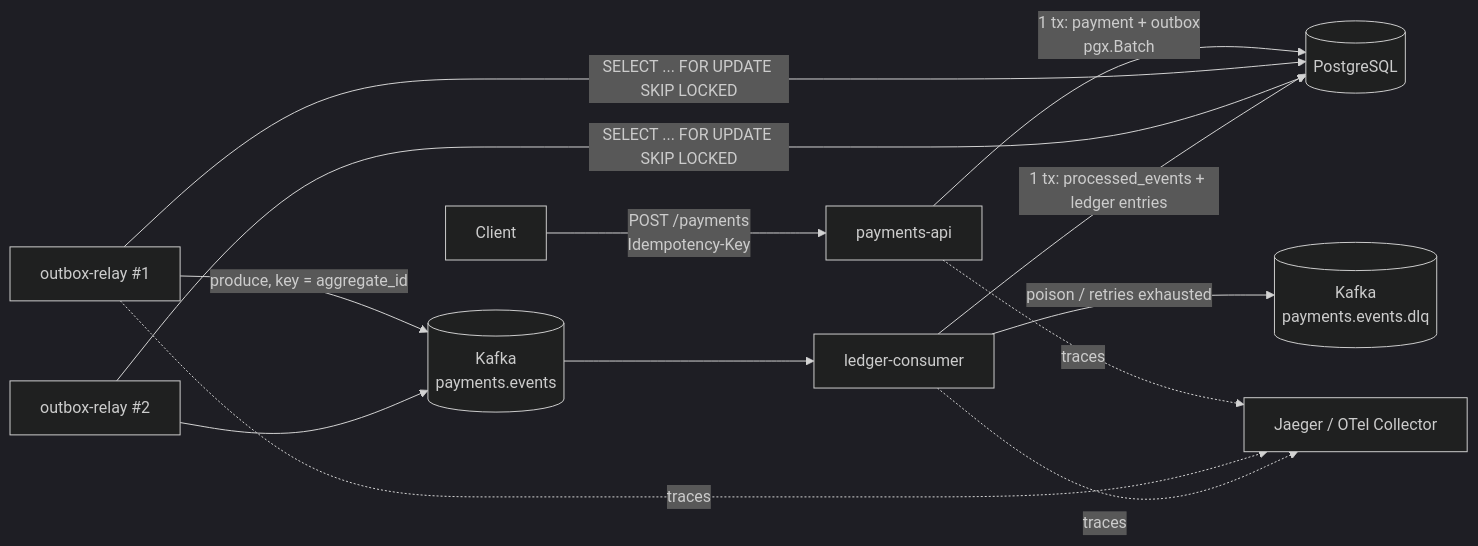
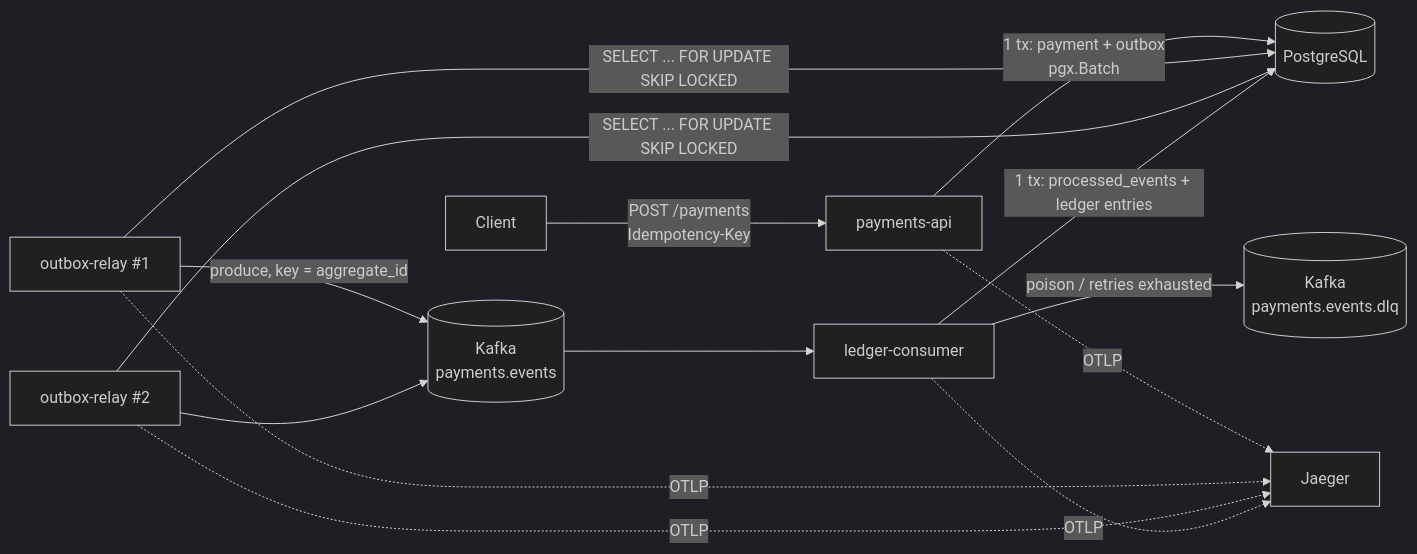
One commit to aavorov89/t-outbox changed the first of 2 diagrams in docs/ARCHITECTURE.md. Above: the diagram before and after it, drawn with Mermaid (dark theme). The commit also changed other lines of this file and 29 other files, not shown here.

````diff
--- a/docs/ARCHITECTURE.md
+++ b/docs/ARCHITECTURE.md
@@ -28,15 +28,16 @@
 ```mermaid
 flowchart LR
     C[Client] -->|POST /payments<br/>Idempotency-Key| API[payments-api]
     API -->|1 tx: payment + outbox<br/>pgx.Batch| PG[(PostgreSQL)]
     R1[outbox-relay #1] -->|SELECT ... FOR UPDATE SKIP LOCKED| PG
     R2[outbox-relay #2] -->|SELECT ... FOR UPDATE SKIP LOCKED| PG
     R1 -->|produce, key = aggregate_id| K[(Kafka<br/>payments.events)]
     R2 --> K
     K --> L[ledger-consumer]
     L -->|1 tx: processed_events + ledger entries| PG
     L -->|poison / retries exhausted| DLQ[(Kafka<br/>payments.events.dlq)]
-    API -. traces .-> J[Jaeger / OTel Collector]
-    R1 -. traces .-> J
-    L -. traces .-> J
+    API -. OTLP .-> J[Jaeger]
+    R1 -. OTLP .-> J
+    R2 -. OTLP .-> J
+    L -. OTLP .-> J
 ```
````
